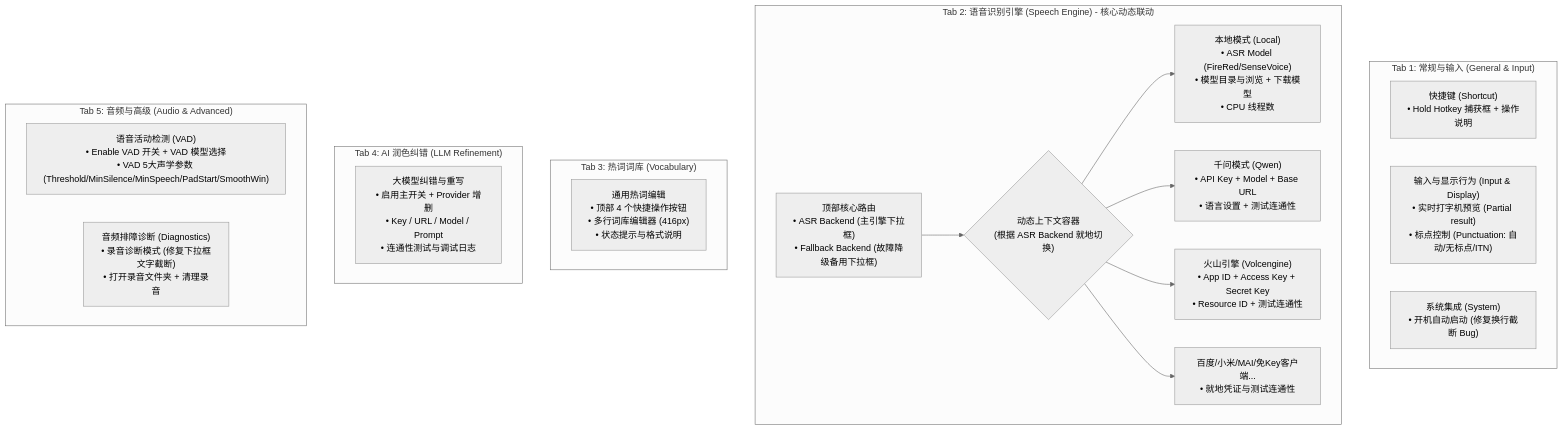
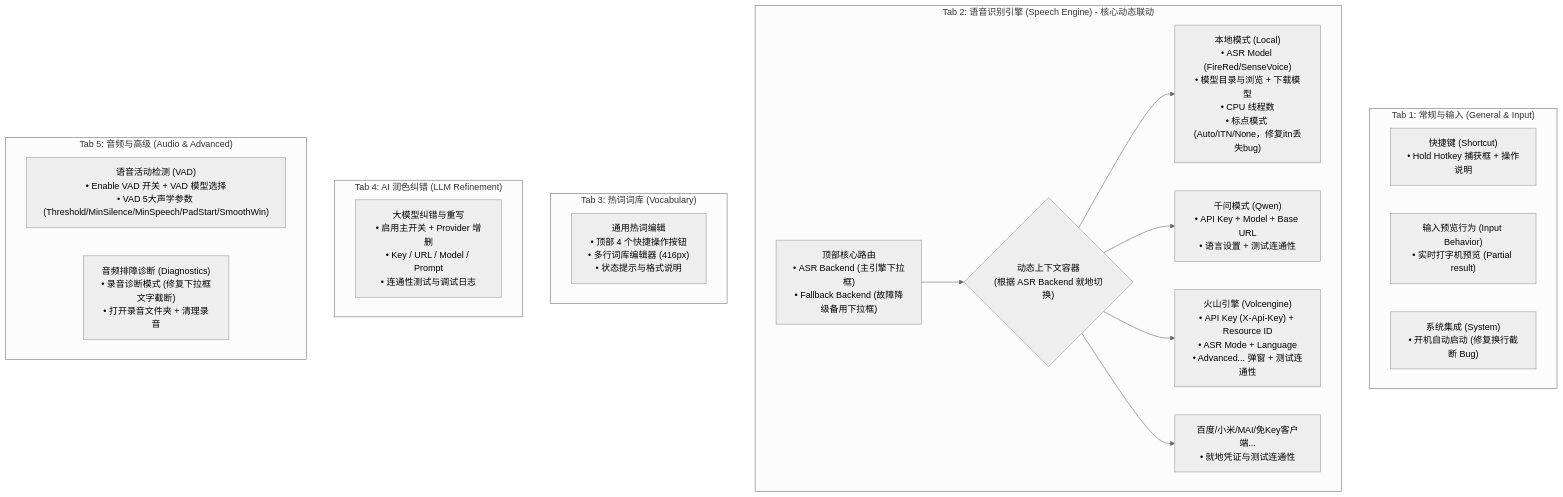
The diagram in .plan/refactor/settings-tab-layout-optimization-plan.md (melody0709/VoxType), drawn with Mermaid (neutral theme) before and after one commit. The commit also changed other lines of this file and 1 other file, not shown here.

````diff
--- a/.plan/refactor/settings-tab-layout-optimization-plan.md
+++ b/.plan/refactor/settings-tab-layout-optimization-plan.md
@@ -106,35 +113,35 @@
 ```mermaid
 flowchart TD
     subgraph Tab1["Tab 1: 常规与输入 (General & Input)"]
         T1G1["快捷键 (Shortcut)<br>• Hold Hotkey 捕获框 + 操作说明"]
-        T1G2["输入与显示行为 (Input & Display)<br>• 实时打字机预览 (Partial result)<br>• 标点控制 (Punctuation: 自动/无标点/ITN)"]
+        T1G2["输入预览行为 (Input Behavior)<br>• 实时打字机预览 (Partial result)"]
         T1G3["系统集成 (System)<br>• 开机自动启动 (修复换行截断 Bug)"]
     end
 
     subgraph Tab2["Tab 2: 语音识别引擎 (Speech Engine) - 核心动态联动"]
         T2Top["顶部核心路由<br>• ASR Backend (主引擎下拉框)<br>• Fallback Backend (故障降级备用下拉框)"]
         T2Dyn{"动态上下文容器<br>(根据 ASR Backend 就地切换)"}
-        T2Loc["本地模式 (Local)<br>• ASR Model (FireRed/SenseVoice)<br>• 模型目录与浏览 + 下载模型<br>• CPU 线程数"]
+        T2Loc["本地模式 (Local)<br>• ASR Model (FireRed/SenseVoice)<br>• 模型目录与浏览 + 下载模型<br>• CPU 线程数<br>• 标点模式 (Auto/ITN/None，修复itn丢失bug)"]
         T2Qwen["千问模式 (Qwen)<br>• API Key + Model + Base URL<br>• 语言设置 + 测试连通性"]
-        T2Volc["火山引擎 (Volcengine)<br>• App ID + Access Key + Secret Key<br>• Resource ID + 测试连通性"]
+        T2Volc["火山引擎 (Volcengine)<br>• API Key (X-Api-Key) + Resource ID<br>• ASR Mode + Language<br>• Advanced... 弹窗 + 测试连通性"]
         T2Other["百度/小米/MAI/免Key客户端...<br>• 就地凭证与测试连通性"]
         T2Top --> T2Dyn
         T2Dyn --> T2Loc
         T2Dyn --> T2Qwen
         T2Dyn --> T2Volc
         T2Dyn --> T2Other
     end
 
     subgraph Tab3["Tab 3: 热词词库 (Vocabulary)"]
         T3Content["通用热词编辑<br>• 顶部 4 个快捷操作按钮<br>• 多行词库编辑器 (416px)<br>• 状态提示与格式说明"]
     end
 
     subgraph Tab4["Tab 4: AI 润色纠错 (LLM Refinement)"]
         T4Content["大模型纠错与重写<br>• 启用主开关 + Provider 增删<br>• Key / URL / Model / Prompt<br>• 连通性测试与调试日志"]
     end
 
     subgraph Tab5["Tab 5: 音频与高级 (Audio & Advanced)"]
         T5G1["语音活动检测 (VAD)<br>• Enable VAD 开关 + VAD 模型选择<br>• VAD 5大声学参数 (Threshold/MinSilence/MinSpeech/PadStart/SmoothWin)"]
         T5G2["音频排障诊断 (Diagnostics)<br>• 录音诊断模式 (修复下拉框文字截断)<br>• 打开录音文件夹 + 清理录音"]
     end
 ```
````
